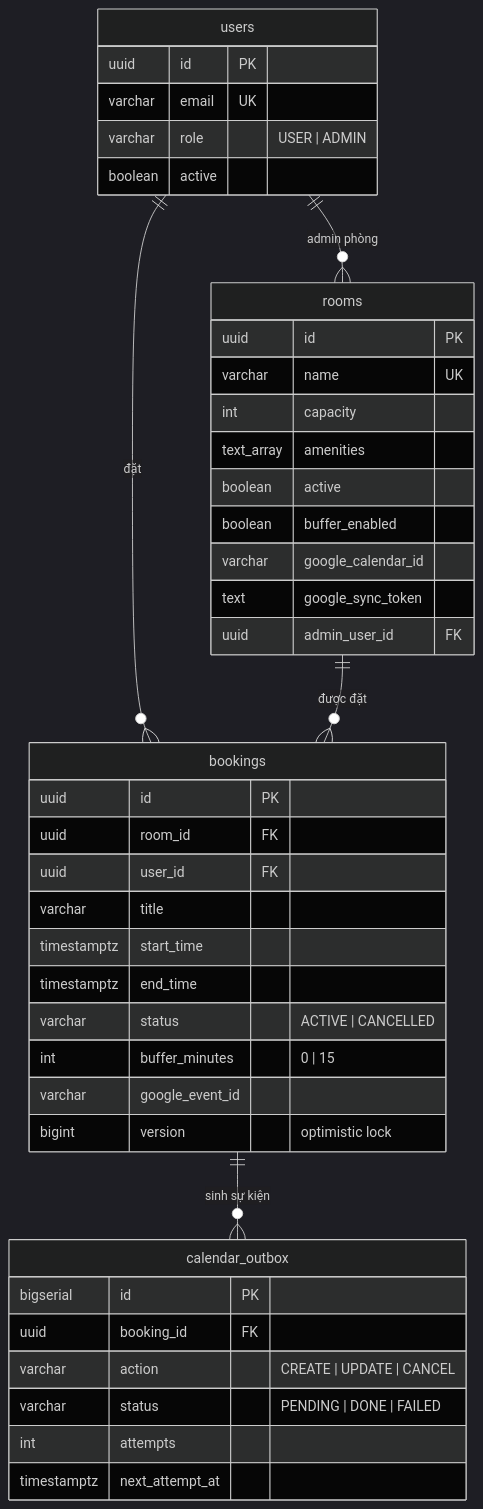
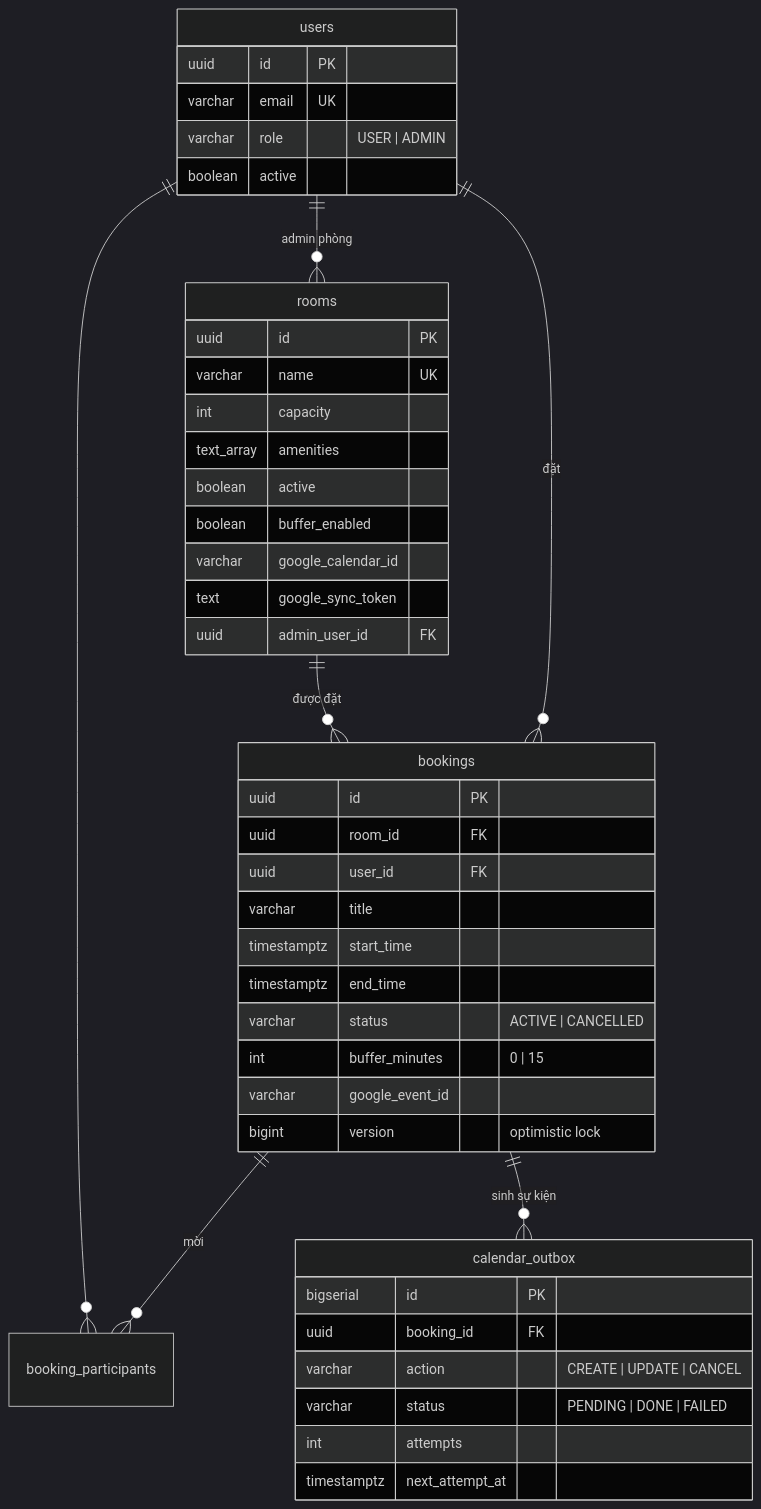
The diagram in README.md (pxthinh/interview-dki), drawn with Mermaid (dark theme) before and after one commit. The commit also changed other lines of this file, not shown here.

````diff
--- a/README.md
+++ b/README.md
@@ -228,45 +91,47 @@
 ```mermaid
 erDiagram
     users ||--o{ bookings : "đặt"
     rooms ||--o{ bookings : "được đặt"
     users ||--o{ rooms : "admin phòng"
+    bookings ||--o{ booking_participants : "mời"
+    users ||--o{ booking_participants : ""
     bookings ||--o{ calendar_outbox : "sinh sự kiện"
 
     users {
         uuid id PK
         varchar email UK
         varchar role "USER | ADMIN"
         boolean active
     }
     rooms {
         uuid id PK
         varchar name UK
         int capacity
         text_array amenities
         boolean active
         boolean buffer_enabled
         varchar google_calendar_id
         text google_sync_token
         uuid admin_user_id FK
     }
     bookings {
         uuid id PK
         uuid room_id FK
         uuid user_id FK
         varchar title
         timestamptz start_time
         timestamptz end_time
         varchar status "ACTIVE | CANCELLED"
         int buffer_minutes "0 | 15"
         varchar google_event_id
         bigint version "optimistic lock"
     }
     calendar_outbox {
         bigserial id PK
         uuid booking_id FK
         varchar action "CREATE | UPDATE | CANCEL"
         varchar status "PENDING | DONE | FAILED"
         int attempts
         timestamptz next_attempt_at
     }
 ```
````
